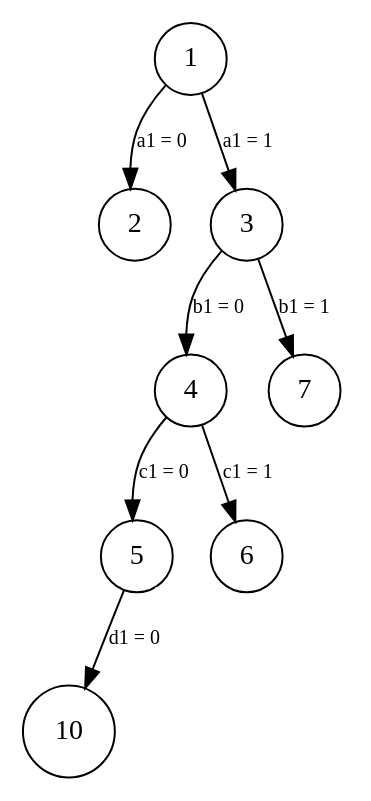
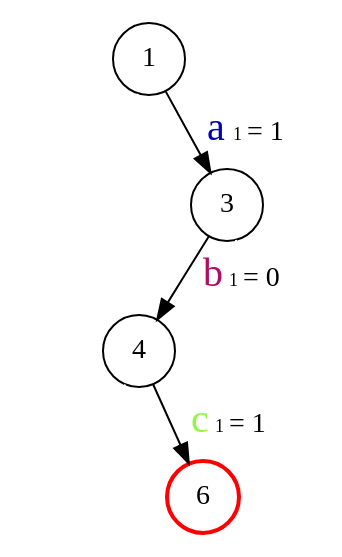
Before and after one commit to carlos-jenkins/binary-integer-programming: the diagram in reports/graphviz/branch.gv, drawn with Graphviz. The commit also changed 4 other files, not shown here.

```diff
--- a/reports/graphviz/branch.gv
+++ b/reports/graphviz/branch.gv
@@ -1,16 +1,18 @@
-digraph bstree {
+digraph branch {
 
-    node [shape = circle];
-    graph [ordering = "out"];
+    node [shape = circle, fixedsize = true];
+    graph [ordering = "out", splines = false];
+    edge [labelfloat = true];
 
-    dummy1 [label = "", shape = none];
+    d1 [label = "", shape = none];
+    d2 [label = "", shape = none];
+    d3 [label = "", shape = none];
+    6 [style = bold, color = red];
 
-    1 -> 2 [label = <a1 = 0>, fontsize = 10.0];
-    1 -> 3 [label = <a1 = 1>, fontsize = 10.0];
-    3 -> 4 [label = <b1 = 0>, fontsize = 10.0];
-    3 -> 7 [label = <b1 = 1>, fontsize = 10.0];
-    4 -> 5 [label = <c1 = 0>, fontsize = 10.0];
-    4 -> 6 [label = <c1 = 1>, fontsize = 10.0];
-    5 -> 10 [label = <d1 = 0>, fontsize = 10.0];
-    5 -> dummy1 [color = white];
+    1 -> d1 [color = white];
+    1 -> 3 [label = <  <font point-size="20" color="#0000B4">a</font><font point-size="9">1</font> = 1>];
+    3 -> 4 [label = <  <font point-size="20" color="#AF0D66">b</font><font point-size="9">1</font> = 0>];
+    3 -> d2 [color = white];
+    4 -> d3 [color = white];
+    4 -> 6 [label = <  <font point-size="20" color="#92F846">c</font><font point-size="9">1</font> = 1>];
 }
```
